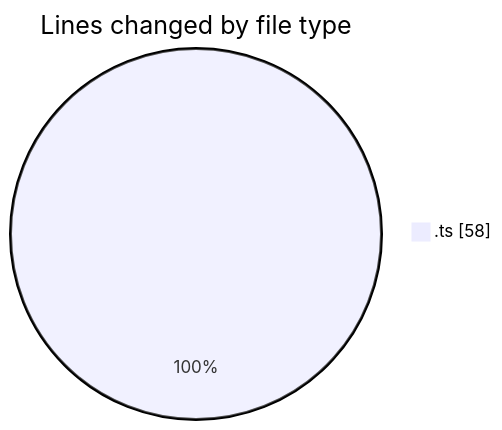
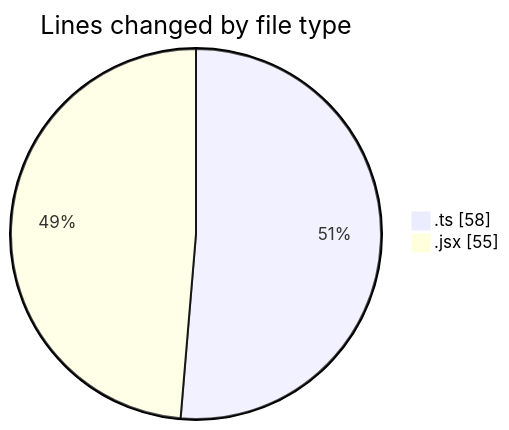
One commit to robertbonfada/code-tracking changed the first of 2 diagrams in 2025-02-08/termonied-web/README.md. Above: the diagram before and after it, drawn with Mermaid. The commit also changed other lines of this file and 1 other file, not shown here.

````diff
--- a/2025-02-08/termonied-web/README.md
+++ b/2025-02-08/termonied-web/README.md
@@ -20,5 +21,6 @@
 ```mermaid
 pie showData
 title Lines changed by file type
 ".ts" : 58
+".jsx" : 55
 ```
````
